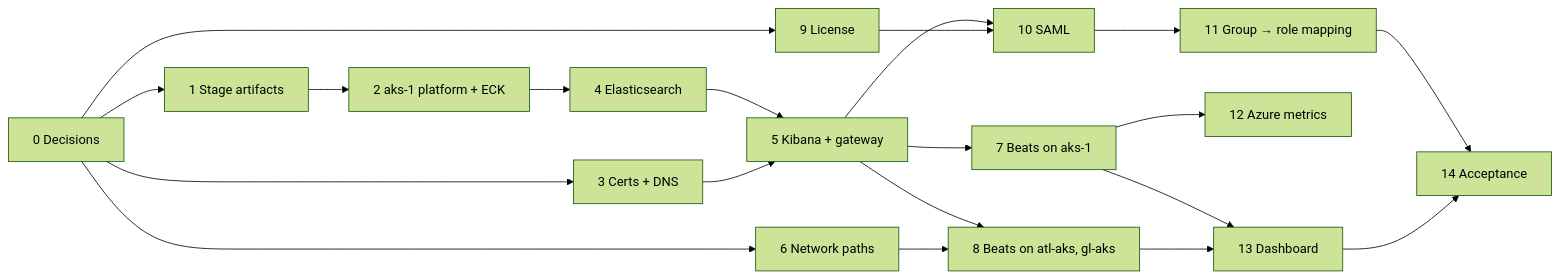
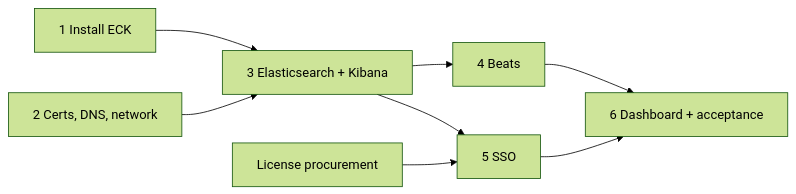
Before and after one commit to JohnGit-GP/codemarketplace2: the diagram in services-main/elastic/TICKETS.md, drawn with Mermaid (forest theme). The commit also changed other lines of this file and 3 other files, not shown here.

````diff
--- a/services-main/elastic/TICKETS.md
+++ b/services-main/elastic/TICKETS.md
@@ -6,19 +5,10 @@
 ```mermaid
 flowchart LR
-    T0["0 Decisions"] --> T1["1 Stage artifacts"] --> T2["2 aks-1 platform + ECK"]
-    T0 --> T3["3 Certs + DNS"]
-    T0 --> T6["6 Network paths"]
-    T0 --> T9["9 License"]
-    T2 --> T4["4 Elasticsearch"] --> T5["5 Kibana + gateway"]
-    T3 --> T5
-    T5 --> T7["7 Beats on aks-1"]
-    T5 --> T8["8 Beats on atl-aks, gl-aks"]
-    T6 --> T8
-    T5 --> T10["10 SAML"]
-    T9 --> T10 --> T11["11 Group → role mapping"]
-    T7 --> T12["12 Azure metrics"]
-    T7 --> T13["13 Dashboard"]
-    T8 --> T13
-    T11 --> T14["14 Acceptance"]
-    T13 --> T14
+    T1["1 Install ECK"] --> T3["3 Elasticsearch + Kibana"]
+    T2["2 Certs, DNS, network"] --> T3
+    T3 --> T4["4 Beats"]
+    T3 --> T5["5 SSO"]
+    L["License procurement"] --> T5
+    T4 --> T6["6 Dashboard + acceptance"]
+    T5 --> T6
 ```
````
